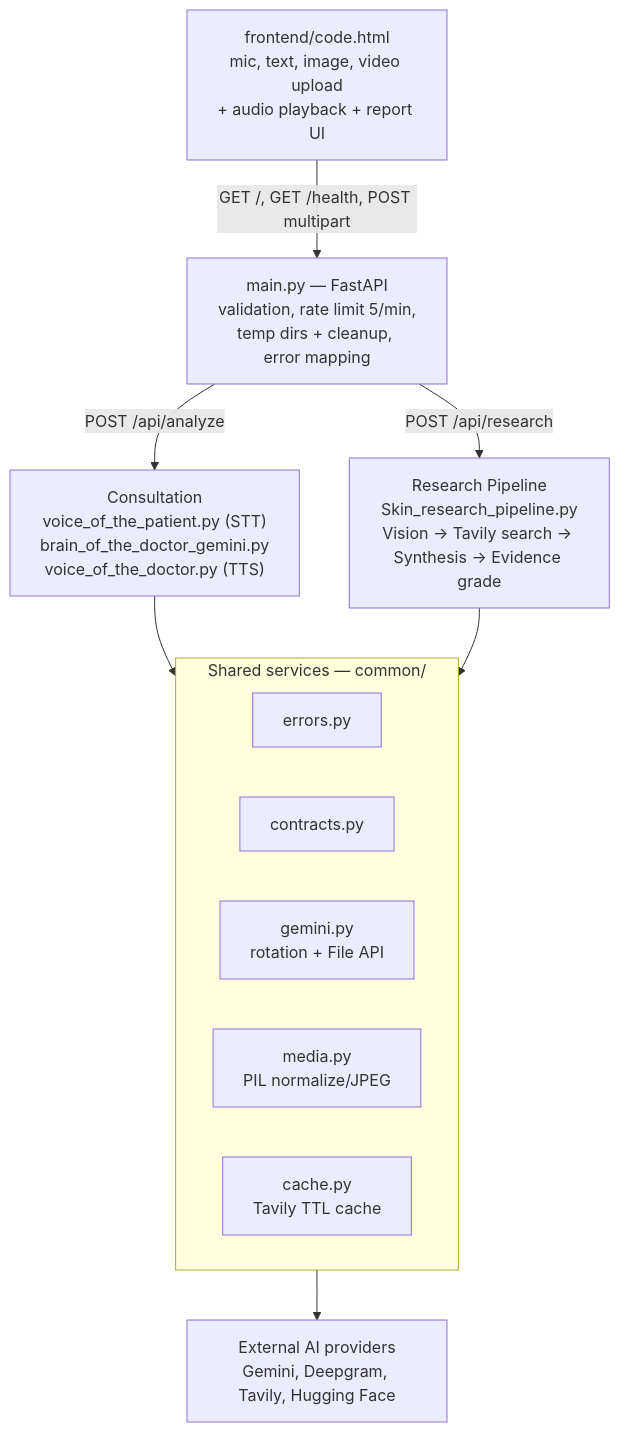
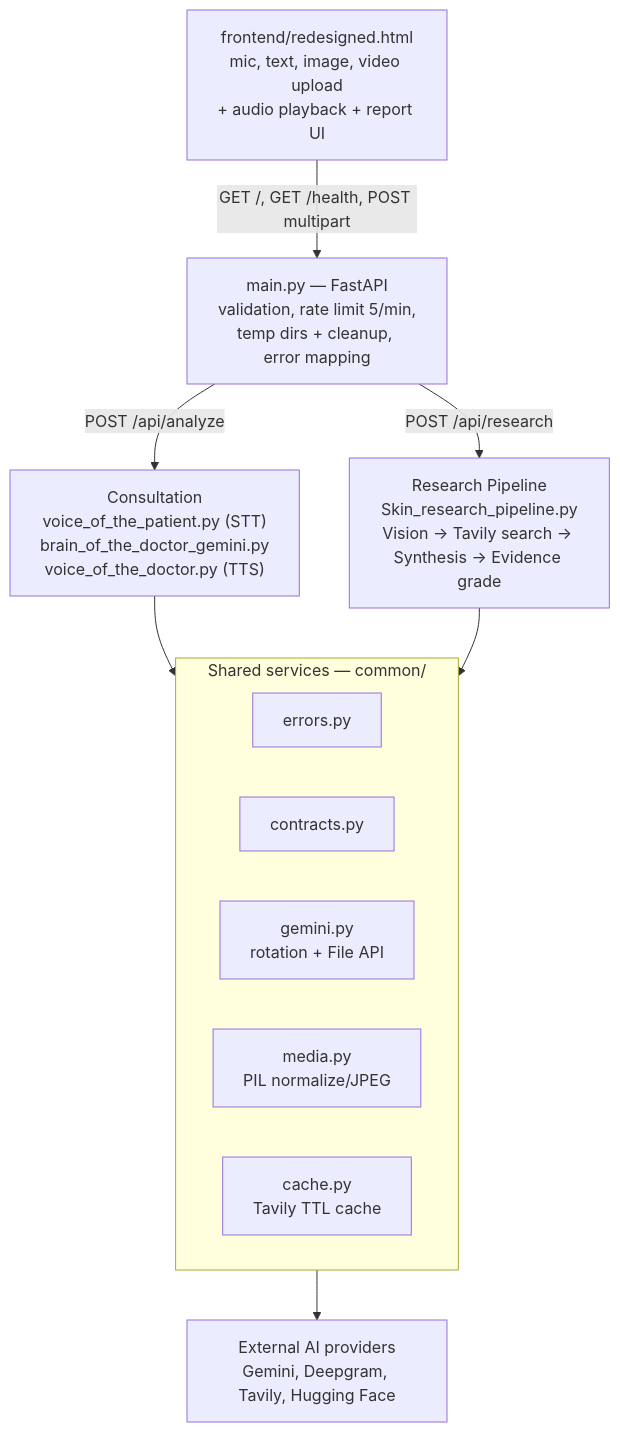
The first of 5 diagrams in README.md (abdullahkamran426-lab/DermOmni), drawn with Mermaid before and after one commit. The commit also changed other lines of this file and 8 other files, not shown here.

````diff
--- a/README.md
+++ b/README.md
@@ -126,24 +129,24 @@
 ```mermaid
 flowchart TD
-    FE["frontend/code.html<br/>mic, text, image, video upload<br/>+ audio playback + report UI"]
+    FE["frontend/redesigned.html<br/>mic, text, image, video upload<br/>+ audio playback + report UI"]
     API["main.py — FastAPI<br/>validation, rate limit 5/min,<br/>temp dirs + cleanup, error mapping"]
     CONSULT["Consultation<br/>voice_of_the_patient.py (STT)<br/>brain_of_the_doctor_gemini.py<br/>voice_of_the_doctor.py (TTS)"]
     RESEARCH["Research Pipeline<br/>Skin_research_pipeline.py<br/>Vision -> Tavily search -> Synthesis -> Evidence grade"]
     EXT["External AI providers<br/>Gemini, Deepgram, Tavily, Hugging Face"]
 
     FE -->|"GET /, GET /health, POST multipart"| API
     API -->|"POST /api/analyze"| CONSULT
     API -->|"POST /api/research"| RESEARCH
 
     subgraph SHARED["Shared services — common/"]
         ERR["errors.py"]
         CON["contracts.py"]
         GEM["gemini.py<br/>rotation + File API"]
         MED["media.py<br/>PIL normalize/JPEG"]
         CACHE["cache.py<br/>Tavily TTL cache"]
     end
 
     CONSULT --> SHARED
     RESEARCH --> SHARED
     SHARED --> EXT
 ```
````
